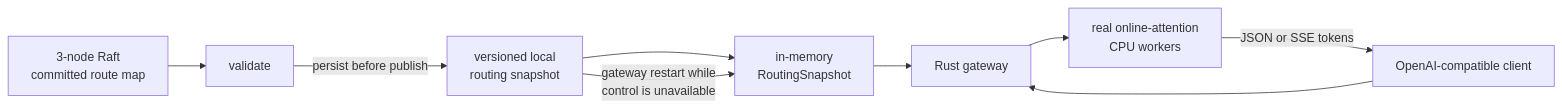
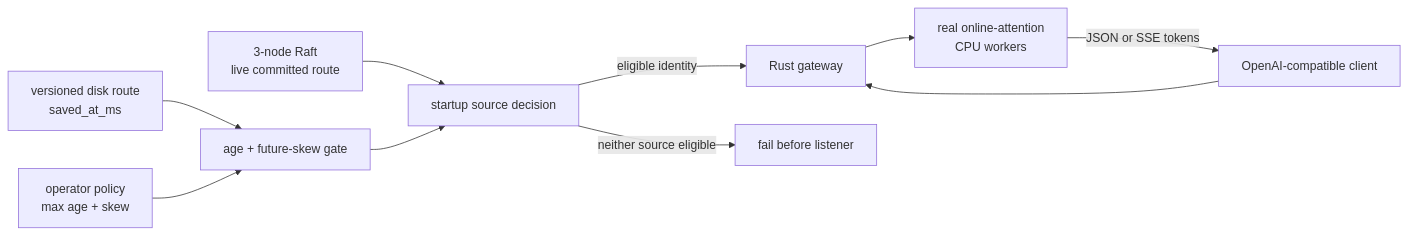
The diagram in README.md (conan505/inferLab), drawn with Mermaid before and after one commit. The commit also changed other lines of this file and 41 other files, not shown here.

Commit message:
v0.15 bound routing snapshot age

````diff
--- a/README.md
+++ b/README.md
@@ -14,11 +14,12 @@
 ```mermaid
 flowchart LR
-    R["3-node Raft<br/>committed route map"] --> V["validate"]
-    V -->|"persist before publish"| D["versioned local<br/>routing snapshot"]
-    D --> S["in-memory<br/>RoutingSnapshot"]
-    D -->|"gateway restart while<br/>control is unavailable"| S
-    S --> G["Rust gateway"]
+    R["3-node Raft<br/>live committed route"] --> Gate["startup source decision"]
+    D["versioned disk route<br/>saved_at_ms"] --> Fresh["age + future-skew gate"]
+    P["operator policy<br/>max age + skew"] --> Fresh
+    Fresh --> Gate
+    Gate -->|"eligible identity"| G["Rust gateway"]
+    Gate -->|"neither source eligible"| Stop["fail before listener"]
     C["OpenAI-compatible client"] --> G
     G --> W["real online-attention<br/>CPU workers"]
     W -->|"JSON or SSE tokens"| C
 ```
````
